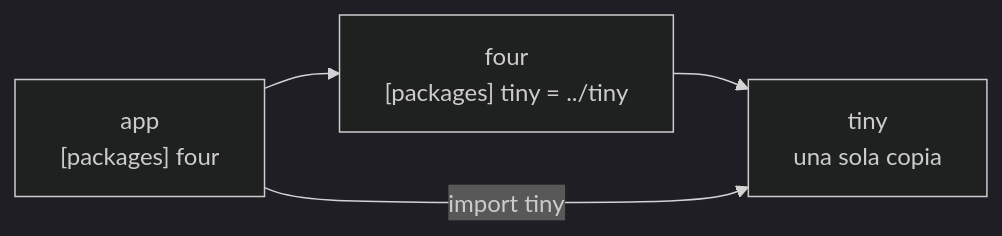
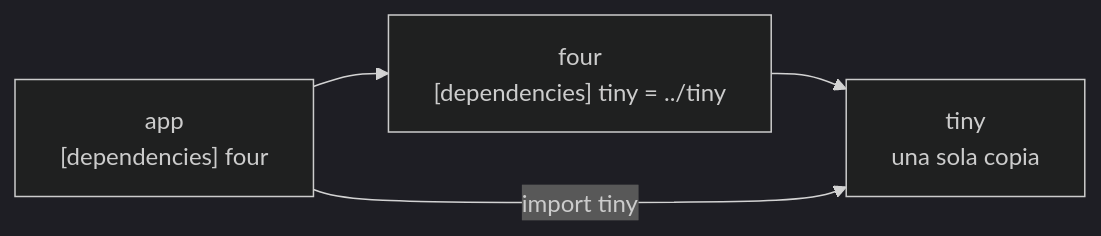
The second of 3 diagrams in docs/libraries.es.md (zerh/larimar), drawn with Mermaid (dark theme) before and after one commit. The commit also changed other lines of this file and 102 other files, not shown here.

````diff
--- a/docs/libraries.es.md
+++ b/docs/libraries.es.md
@@ -432,6 +432,6 @@
 ```mermaid
 flowchart LR
-    app["app<br/>[packages] four"] --> four["four<br/>[packages] tiny = ../tiny"]
+    app["app<br/>[dependencies] four"] --> four["four<br/>[dependencies] tiny = ../tiny"]
     four --> tiny["tiny<br/>una sola copia"]
     app -- "import tiny" --> tiny
 ```
````
